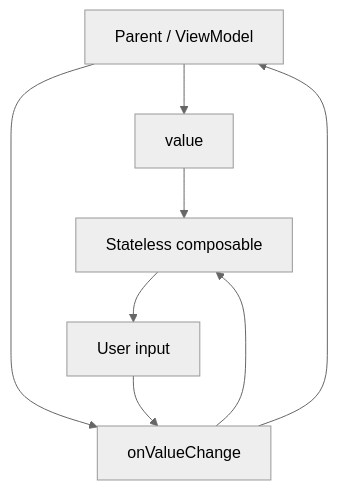
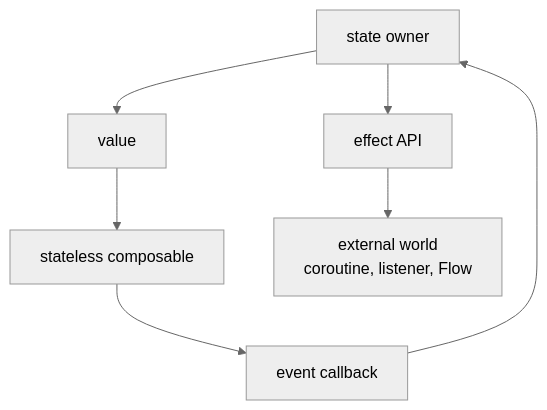
One commit to m1ser4ble/m1ser4ble.github.io changed the third of 3 diagrams in _posts/2026-06-09-manifest-android-interview-04-compose-foundation-runtime.md. Above: the diagram before and after it, drawn with Mermaid (neutral theme). The commit also changed other lines of this file and 3 other files, not shown here.

```diff
--- a/_posts/2026-06-09-manifest-android-interview-04-compose-foundation-runtime.md
+++ b/_posts/2026-06-09-manifest-android-interview-04-compose-foundation-runtime.md
@@ -135,12 +145,16 @@
 <div class="mermaid">
 flowchart TD
-    Parent[Parent / ViewModel]
-    Value[value]
-    Callback[onValueChange]
-    Child[Stateless composable]
-    Event[User input]
+    Parent["state owner"]
+    Value["value"]
+    Event["event callback"]
+    Child["stateless composable"]
+    Effect["effect API"]
+    External["external world<br/>coroutine, listener, Flow"]
 
-    Parent --> Value --> Child
-    Parent --> Callback --> Child
-    Child --> Event --> Callback --> Parent
+    Parent --> Value
+    Value --> Child
+    Child --> Event
+    Event --> Parent
+    Parent --> Effect
+    Effect --> External
 </div>
```
